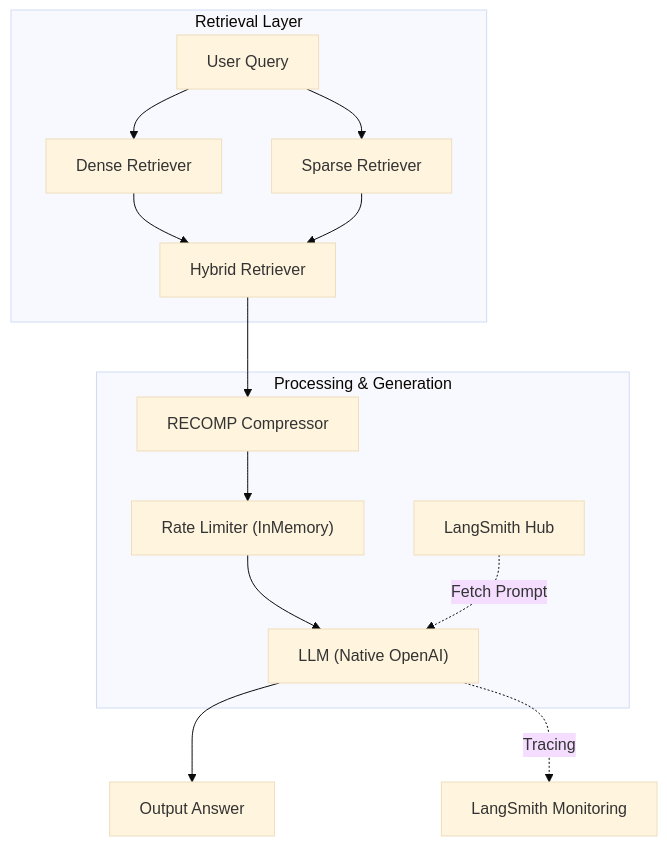
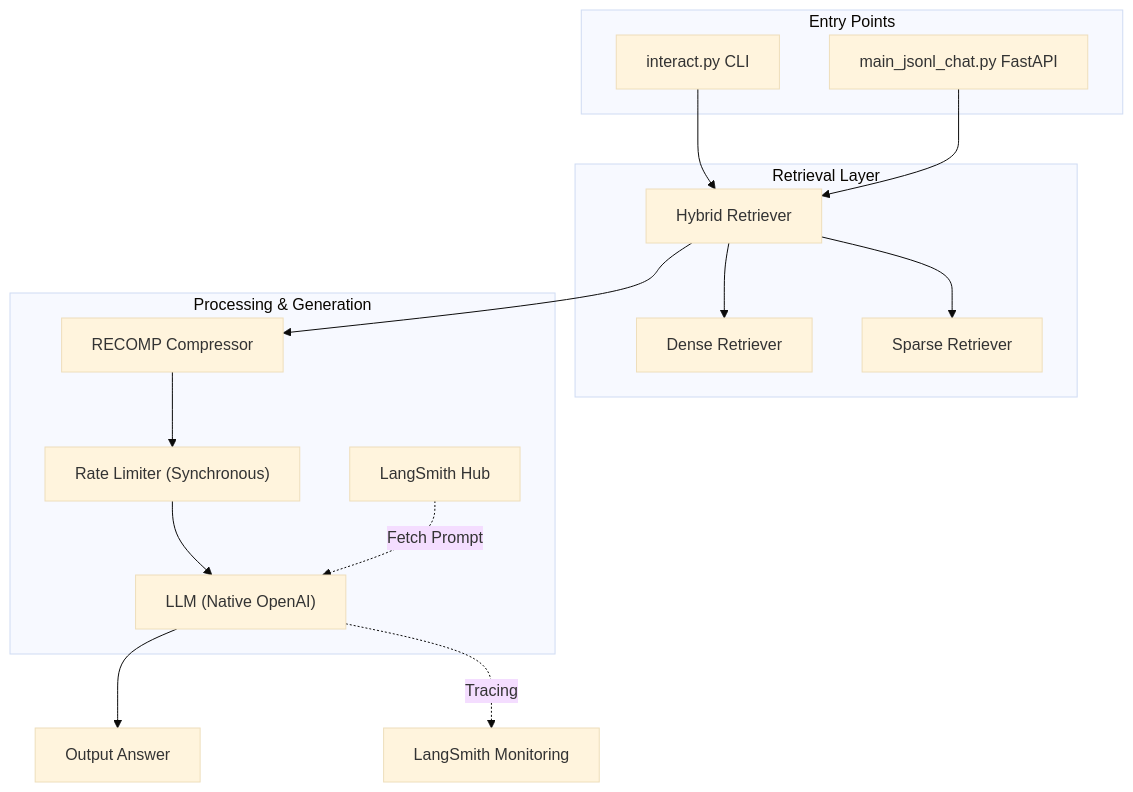
The diagram in README.md (yinsights8/Archival_Rag_System), drawn with Mermaid (base theme) before and after one commit. The commit also changed other lines of this file, not shown here.

````diff
--- a/README.md
+++ b/README.md
@@ -78,19 +75,24 @@
 ```mermaid
 graph TD
+    subgraph "Entry Points"
+        CLI[interact.py CLI]
+        Web[main_jsonl_chat.py FastAPI]
+    end
+
     subgraph "Retrieval Layer"
-        UserQuery[User Query] --> Dense[Dense Retriever]
-        UserQuery --> Sparse[Sparse Retriever]
-        Dense --> Hybrid[Hybrid Retriever]
-        Sparse --> Hybrid
+        CLI --> Hybrid[Hybrid Retriever]
+        Web --> Hybrid
+        Hybrid --> Dense[Dense Retriever]
+        Hybrid --> Sparse[Sparse Retriever]
     end
 
     subgraph "Processing & Generation"
         Hybrid --> Compressor[RECOMP Compressor]
-        Compressor --> RateLimit["Rate Limiter (InMemory)"]
+        Compressor --> RateLimit["Rate Limiter (Synchronous)"]
         RateLimit --> LLM["LLM (Native OpenAI)"]
         Hub["LangSmith Hub"] -. Fetch Prompt .-> LLM
     end
 
     LLM --> Answer[Output Answer]
     LLM -. Tracing .-> LangSmith[LangSmith Monitoring]
 ```
````
